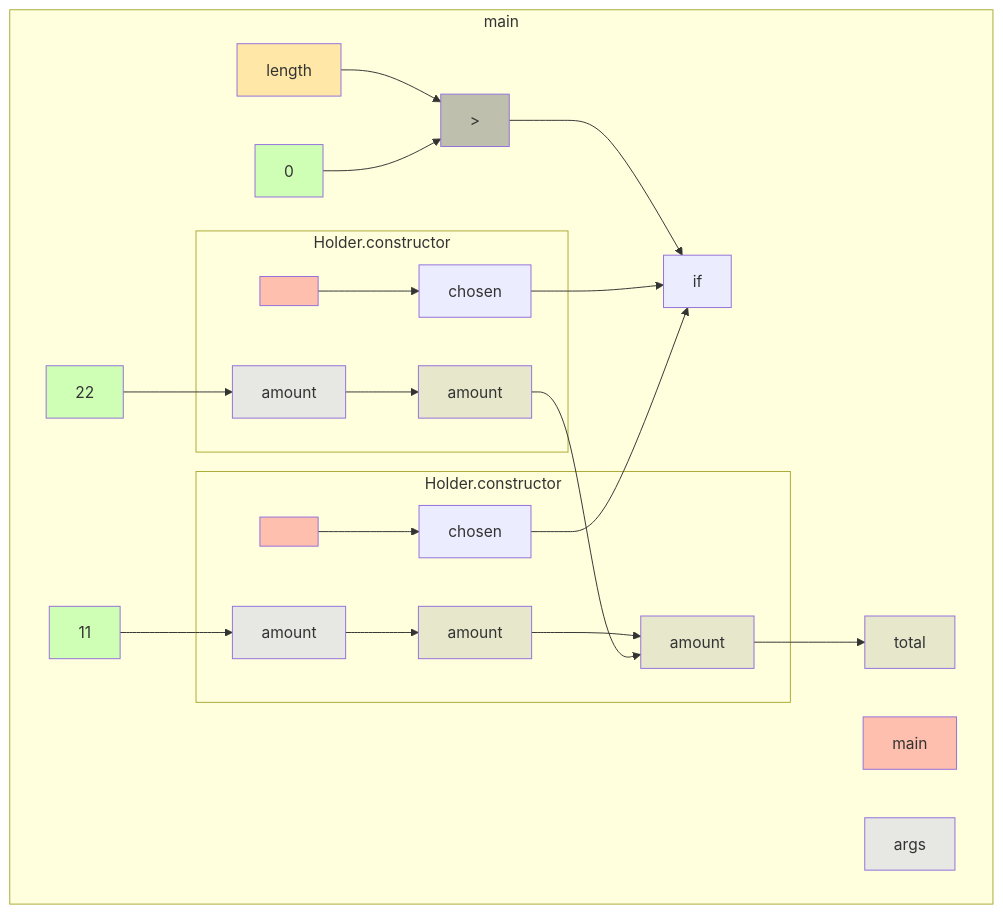
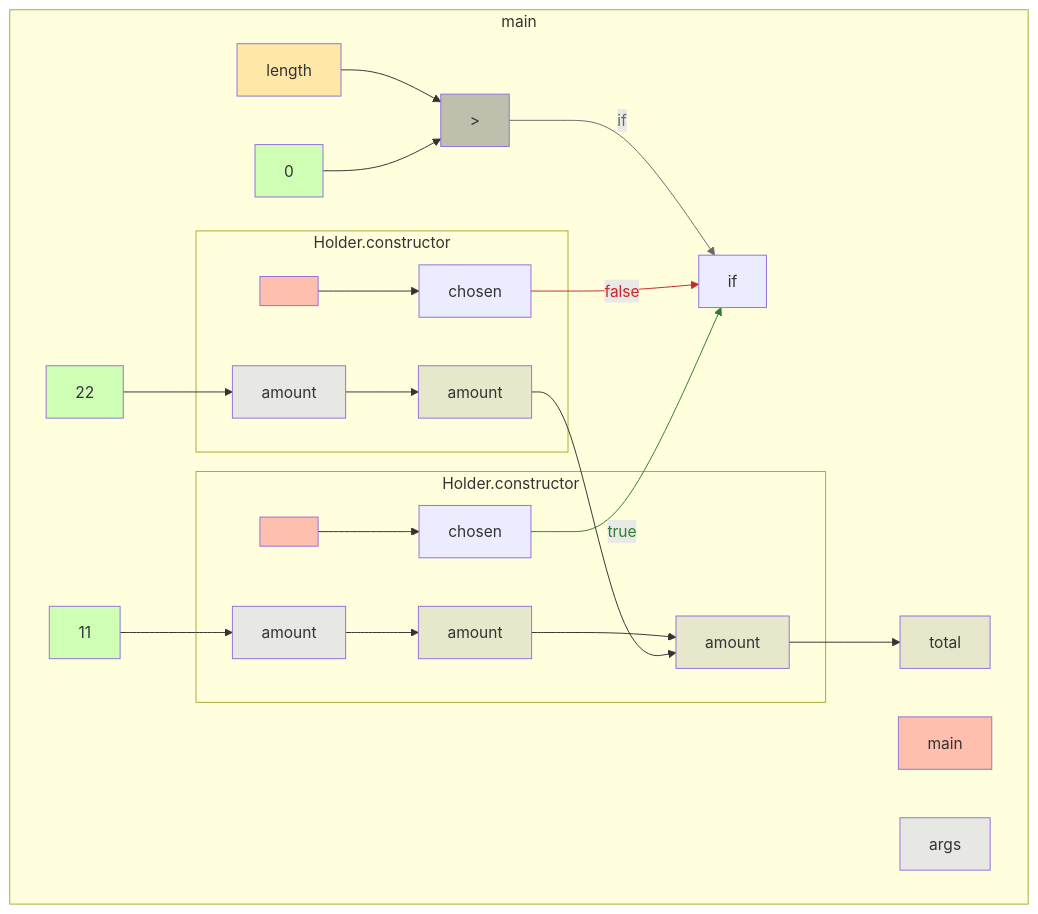
The diagram in app/src/test/resources/aliasBranch/truth.md (gstiebler/codeflow), drawn with Mermaid before and after one commit. The commit also changed 18 other files, not shown here.

````diff
--- a/app/src/test/resources/aliasBranch/truth.md
+++ b/app/src/test/resources/aliasBranch/truth.md
@@ -1,48 +1,51 @@
 ```mermaid
 flowchart TD
   subgraph b0["main"]
     n1[main]:::RETURN
     n2[args]:::FUNC_PARAM
     n3[length]:::EXTERNAL
     n4[0]:::LITERAL
     n5[>]:::BIN_OP
     n6[11]:::LITERAL
     n11[chosen]:::OBJ_VARIABLE
     n12[22]:::LITERAL
     n17[chosen]:::OBJ_VARIABLE
     n18[if]:::OBJ_VARIABLE
     n19[amount]:::VARIABLE
     n20[total]:::VARIABLE
     n3[length]:::EXTERNAL --> n5[>]:::BIN_OP
     n4[0]:::LITERAL --> n5[>]:::BIN_OP
-    n5[>]:::BIN_OP --> n18[if]:::OBJ_VARIABLE
+    n5[>]:::BIN_OP -->|if| n18[if]:::OBJ_VARIABLE
     n6[11]:::LITERAL --> n9[amount]:::FUNC_PARAM
-    n11[chosen]:::OBJ_VARIABLE --> n18[if]:::OBJ_VARIABLE
+    n11[chosen]:::OBJ_VARIABLE -->|true| n18[if]:::OBJ_VARIABLE
     n12[22]:::LITERAL --> n15[amount]:::FUNC_PARAM
-    n17[chosen]:::OBJ_VARIABLE --> n18[if]:::OBJ_VARIABLE
+    n17[chosen]:::OBJ_VARIABLE -->|false| n18[if]:::OBJ_VARIABLE
     n19[amount]:::VARIABLE --> n20[total]:::VARIABLE
     subgraph b7["Holder.constructor"]
       n8[<init>]:::RETURN
       n9[amount]:::FUNC_PARAM
       n10[amount]:::VARIABLE
       n8[<init>]:::RETURN --> n11[chosen]:::OBJ_VARIABLE
       n9[amount]:::FUNC_PARAM --> n10[amount]:::VARIABLE
       n10[amount]:::VARIABLE --> n19[amount]:::VARIABLE
     end
     subgraph b13["Holder.constructor"]
       n14[<init>]:::RETURN
       n15[amount]:::FUNC_PARAM
       n16[amount]:::VARIABLE
       n14[<init>]:::RETURN --> n17[chosen]:::OBJ_VARIABLE
       n15[amount]:::FUNC_PARAM --> n16[amount]:::VARIABLE
       n16[amount]:::VARIABLE --> n19[amount]:::VARIABLE
     end
   end
+  linkStyle 2 stroke:#6a6a6a,color:#6a6a6a
+  linkStyle 4 stroke:#2e7d32,color:#2e7d32
+  linkStyle 6 stroke:#c62828,color:#c62828
   classDef LITERAL fill:#00FF0030
   classDef VARIABLE fill:#80808030
   classDef BIN_OP fill:#80808080
   classDef FUNC_PARAM fill:#8080FF30
   classDef RETURN fill:#FF808080
   classDef EXTERNAL fill:#FFA50040
   classDef UNMODELLED fill:#FF000030,stroke-dasharray: 4 2
 ```
````
